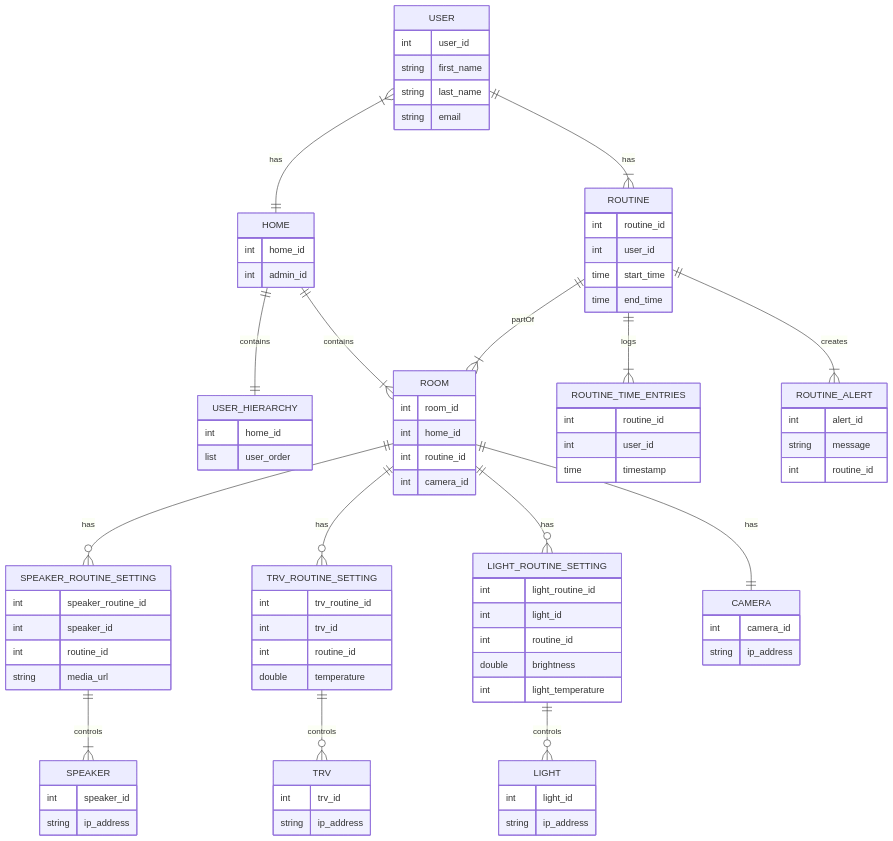
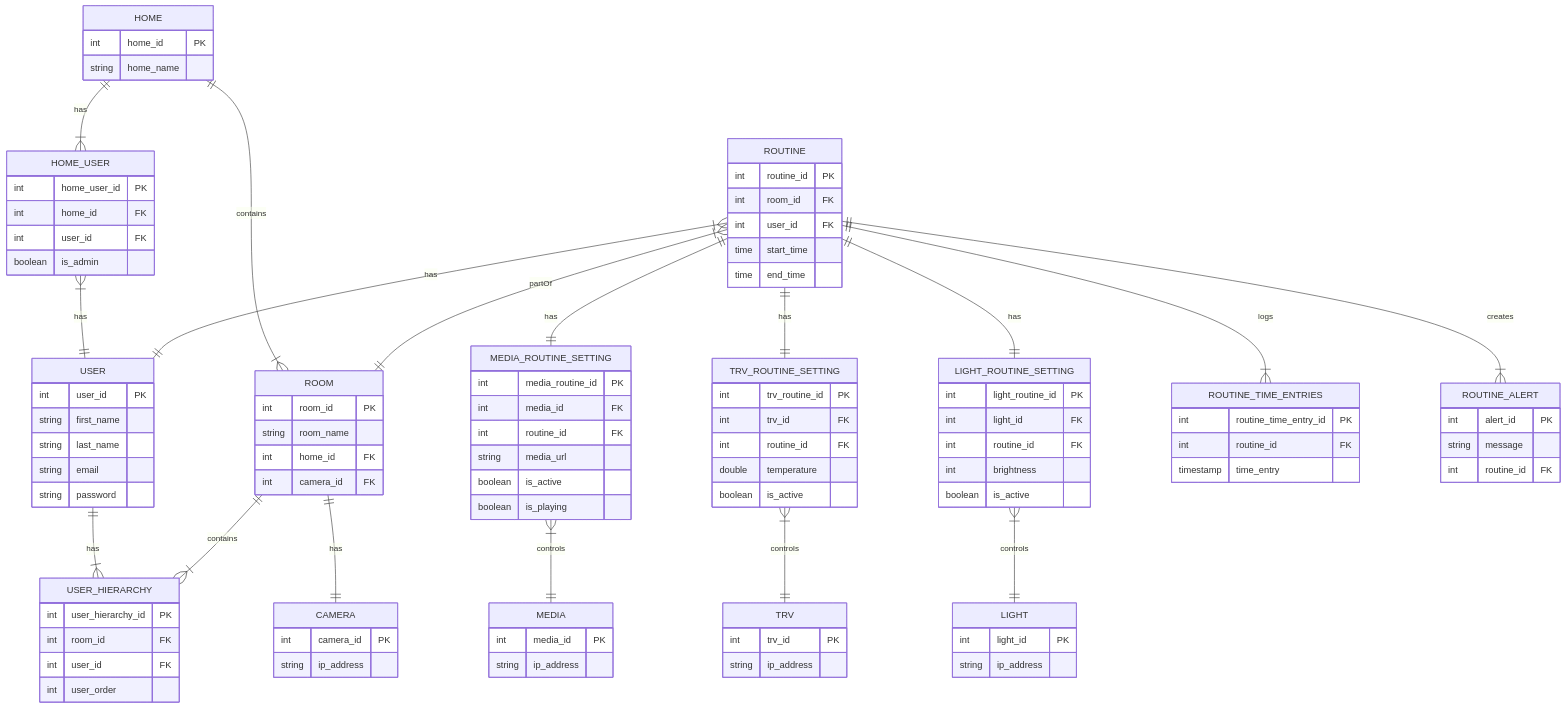
The second of 2 diagrams in README.md (cmurphy88/jarvis), drawn with Mermaid before and after one commit.

````diff
--- a/README.md
+++ b/README.md
@@ -27,91 +27,109 @@
 ```mermaid
 erDiagram
-    USER }|--|| HOME : has
     USER {
-        int user_id
+        int user_id PK
         string first_name
         string last_name
         string email
+        string password
     }
-    HOME ||--|| USER_HIERARCHY : contains
     HOME {
-        int home_id
-        int admin_id
+        int home_id PK
+        string home_name
+    }
+    HOME_USER {
+        int home_user_id PK
+        int home_id FK
+        int user_id FK
+        boolean is_admin
     }
     USER_HIERARCHY {
-        int home_id
-        list user_order
+        int user_hierarchy_id PK
+        int room_id FK
+        int user_id FK
+        int user_order
     }
-    HOME ||--|{ ROOM : contains
     ROOM {
-        int room_id
-        int home_id
-        int routine_id
-        int camera_id
+        int room_id PK
+        string room_name
+        int home_id FK
+        int camera_id FK
     }
-    ROUTINE ||--|{ ROOM : partOf
+    
     ROUTINE {
-        int routine_id
-        int user_id
+        int routine_id PK
+        int room_id FK
+        int user_id FK
         time start_time
         time end_time
     }
-    USER ||--|{ ROUTINE : has
-
-    ROOM ||--o{ SPEAKER_ROUTINE_SETTING : has
-    SPEAKER_ROUTINE_SETTING {
-        int speaker_routine_id
-        int speaker_id
-        int routine_id
+    MEDIA_ROUTINE_SETTING {
+        int media_routine_id PK
+        int media_id FK
+        int routine_id FK
         string media_url
+        boolean is_active
+        boolean is_playing
     }
-    ROOM ||--o{ TRV_ROUTINE_SETTING : has
     TRV_ROUTINE_SETTING {
-        int trv_routine_id
-        int trv_id
-        int routine_id
+        int trv_routine_id PK
+        int trv_id FK
+        int routine_id FK
         double temperature
+        boolean is_active
     }
-    ROOM ||--o{ LIGHT_ROUTINE_SETTING : has
     LIGHT_ROUTINE_SETTING {
-        int light_routine_id
-        int light_id
-        int routine_id
-        double brightness
-        int light_temperature
+        int light_routine_id PK
+        int light_id FK
+        int routine_id FK
+        int brightness
+        boolean is_active
     }
-    SPEAKER_ROUTINE_SETTING ||--|{ SPEAKER : controls
-    SPEAKER {
-        int speaker_id
+    MEDIA {
+        int media_id PK
         string ip_address
     }
-    TRV_ROUTINE_SETTING ||--o{ TRV : controls
     TRV {
-        int trv_id
+        int trv_id PK
         string ip_address
     }
-    LIGHT_ROUTINE_SETTING ||--o{ LIGHT : controls
     LIGHT {
-        int light_id
+        int light_id PK
         string ip_address
     }
-    ROOM ||--|| CAMERA : has
     CAMERA {
-        int camera_id
+        int camera_id PK
         string ip_address
     }
-    ROUTINE ||--|{ ROUTINE_TIME_ENTRIES : logs
     ROUTINE_TIME_ENTRIES {
-        int routine_id
-        int user_id
-        time timestamp
+        int routine_time_entry_id PK
+        int routine_id FK
+        timestamp time_entry
     }
+    ROUTINE_ALERT {
+        int alert_id PK
+        string message
+        int routine_id FK
+    }
+    HOME ||--|{ HOME_USER : has
+    ROOM ||--|| CAMERA : has
+    HOME_USER }|--|| USER : has
+    USER ||--|{ USER_HIERARCHY : has
+    
+    ROOM ||--|{ USER_HIERARCHY : contains
+    HOME ||--|{ ROOM : contains 
+    
+    ROUTINE }|--|| ROOM : partOf
+    ROUTINE ||--|| MEDIA_ROUTINE_SETTING : has 
+    ROUTINE ||--|| TRV_ROUTINE_SETTING : has  
+    ROUTINE ||--|| LIGHT_ROUTINE_SETTING : has  
+    ROUTINE }|--|| USER : has
+    
+    MEDIA_ROUTINE_SETTING }|--|| MEDIA : controls  
+    TRV_ROUTINE_SETTING }|--|| TRV : controls  
+    LIGHT_ROUTINE_SETTING }|--|| LIGHT : controls  
+      
+    ROUTINE ||--|{ ROUTINE_TIME_ENTRIES : logs 
     ROUTINE ||--|{ ROUTINE_ALERT : creates
-    ROUTINE_ALERT {
-        int alert_id
-        string message
-        int routine_id
-    }
-
     
 ```
````
